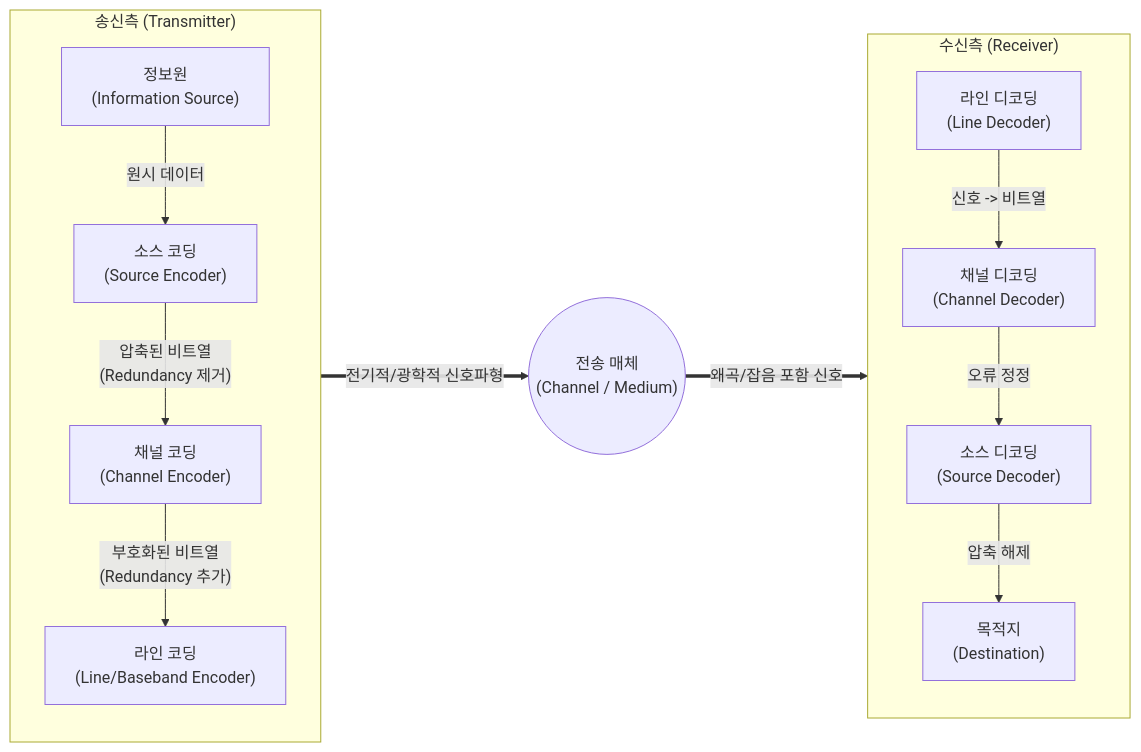
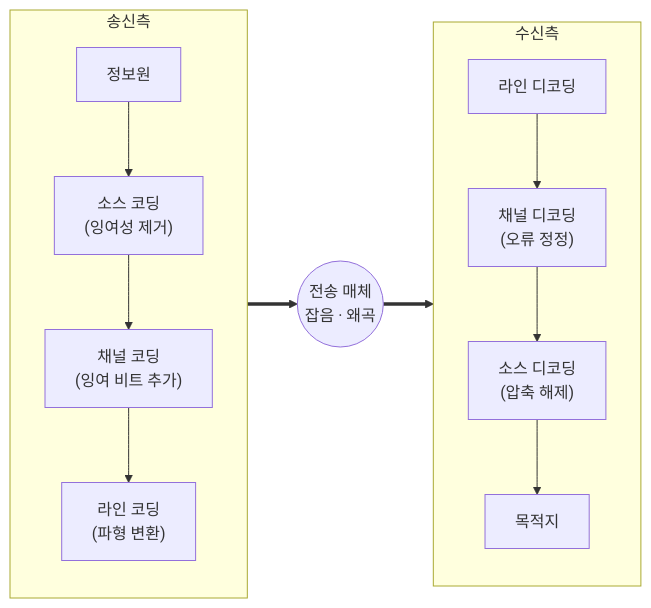
One commit to supremethumb/supremethumb.github.io changed the diagram in content/01_IT Tech/전송부호화.md. Above: the diagram before and after it, drawn with Mermaid. The commit also changed other lines of this file and 1087 other files, not shown here.

````diff
--- a/content/01_IT Tech/전송부호화.md
+++ b/content/01_IT Tech/전송부호화.md
@@ -27,32 +37,13 @@
 ```mermaid
 flowchart LR
-    subgraph 송신측_Transmitter ["송신측 (Transmitter)"]
+    subgraph TX["송신측"]
         direction TB
-        Info["정보원<br/>(Information Source)"] 
-        SourceEnc["소스 코딩<br/>(Source Encoder)"]
-        ChannelEnc["채널 코딩<br/>(Channel Encoder)"]
-        LineEnc["라인 코딩<br/>(Line/Baseband Encoder)"]
-        
-        Info -->|"원시 데이터"| SourceEnc
-        SourceEnc -->|"압축된 비트열<br/>(Redundancy 제거)"| ChannelEnc
-        ChannelEnc -->|"부호화된 비트열<br/>(Redundancy 추가)"| LineEnc
+        I["정보원"] --> SE["소스 코딩<br/>(잉여성 제거)"] --> CE["채널 코딩<br/>(잉여 비트 추가)"] --> LE["라인 코딩<br/>(파형 변환)"]
     end
-
-    Medium(("전송 매체<br/>(Channel / Medium)"))
-
-    subgraph 수신측_Receiver ["수신측 (Receiver)"]
+    M(("전송 매체<br/>잡음 · 왜곡"))
+    subgraph RX["수신측"]
         direction TB
-        LineDec["라인 디코딩<br/>(Line Decoder)"]
-        ChannelDec["채널 디코딩<br/>(Channel Decoder)"]
-        SourceDec["소스 디코딩<br/>(Source Decoder)"]
-        Dest["목적지<br/>(Destination)"]
-        
-        LineDec -->|"신호 -> 비트열"| ChannelDec
-        ChannelDec -->|"오류 정정"| SourceDec
-        SourceDec -->|"압축 해제"| Dest
+        LD["라인 디코딩"] --> CD["채널 디코딩<br/>(오류 정정)"] --> SD["소스 디코딩<br/>(압축 해제)"] --> D["목적지"]
     end
-
-    LineEnc ==>|"전기적/광학적 신호파형"| Medium
-    Medium ==>|"왜곡/잡음 포함 신호"| LineDec
-
+    LE ==> M ==> LD
 ```
````
